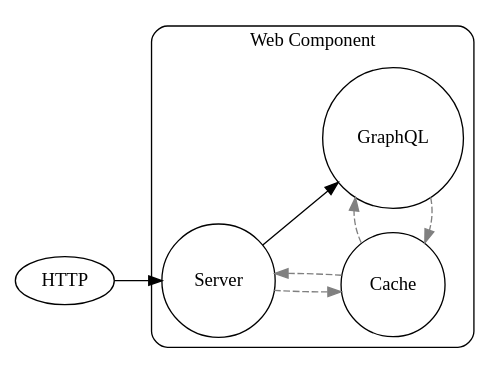
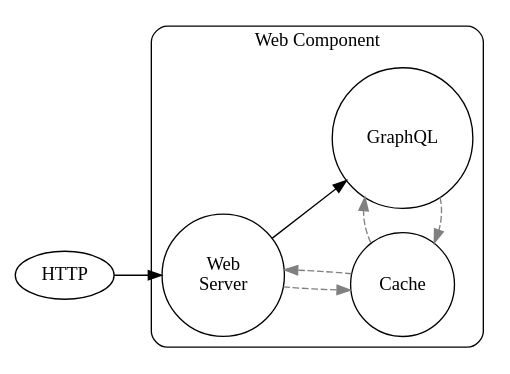
Before and after one commit to bbrietzke/BaxterBot: the diagram in diagram.dot, drawn with Graphviz. The commit also changed 8 other files, not shown here.

```diff
--- a/diagram.dot
+++ b/diagram.dot
@@ -1,20 +1,20 @@
 digraph baxter_bot {
     rankdir=LR
 
     HTTP_SRC [label="HTTP"]
 
-    WEB [label="Server", shape=circle]
+    WEB [label="Web\nServer", shape=circle]
     CAC [label="Cache" shape=circle]
     GQL [label="GraphQL" shape=circle]
 
-    HTTP_SRC  ->  WEB
+    HTTP_SRC -> WEB 
 
     subgraph cluster_web {
         label="Web Component"
         style=rounded
         WEB -> CAC -> WEB [style=dashed, color=grey]
         WEB -> GQL
         GQL -> CAC -> GQL [style=dashed, color=grey]
         {rank=same GQL CAC}
     }
 }
```
